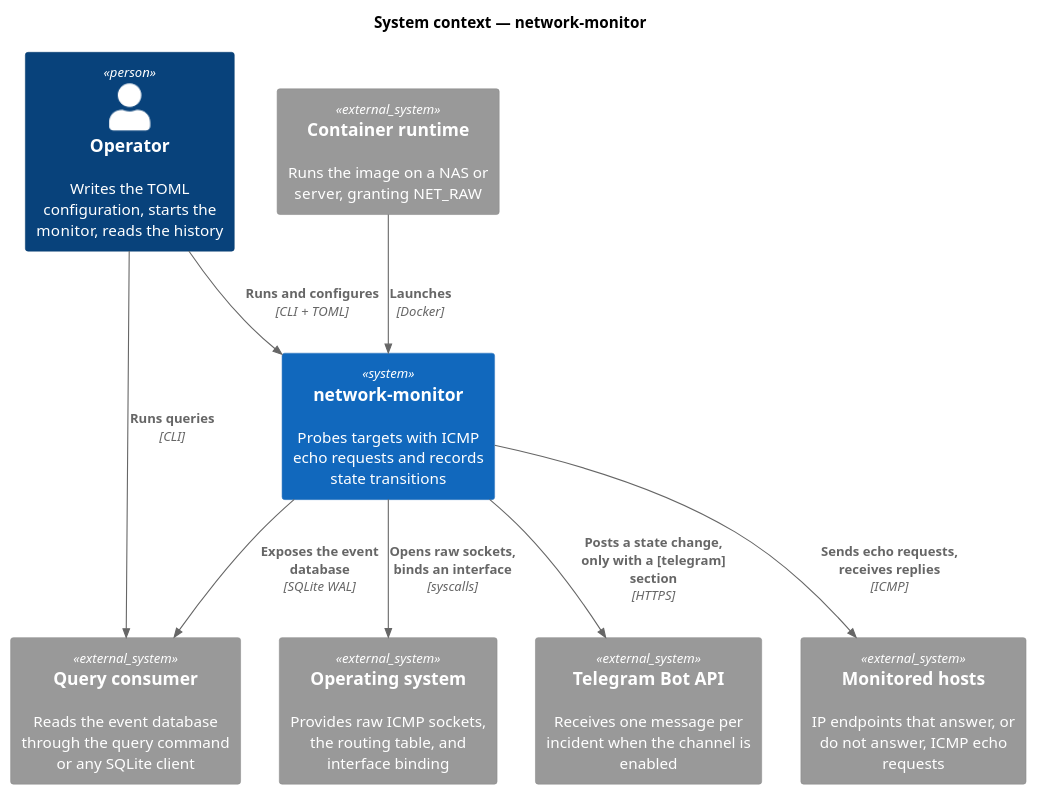
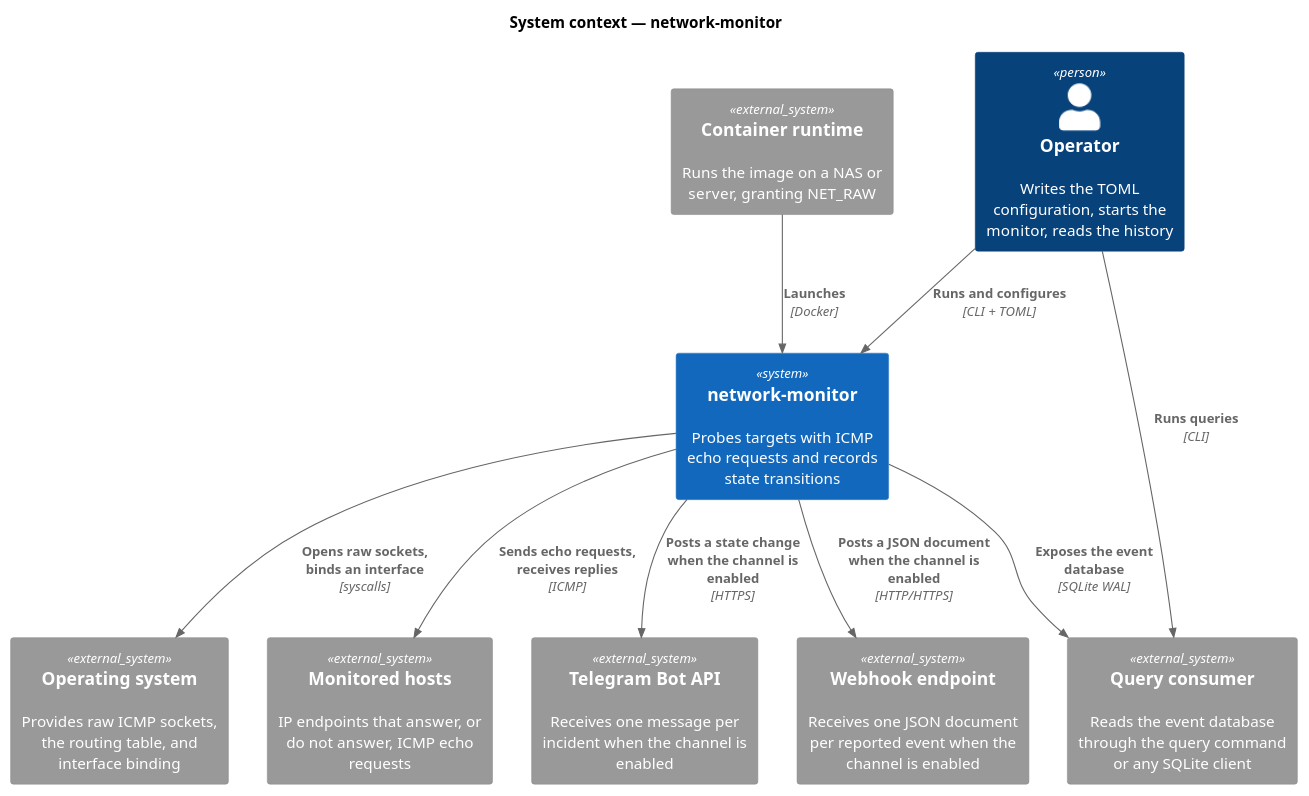
One commit to dashie/network-monitor changed the first of 3 diagrams in docs/ARCHITECTURE.md. Above: the diagram before and after it, drawn with PlantUML. The commit also changed other lines of this file and 36 other files, not shown here.

````diff
--- a/docs/ARCHITECTURE.md
+++ b/docs/ARCHITECTURE.md
@@ -34,24 +34,26 @@
 ```plantuml
 @startuml
 !include <C4/C4_Context>
 
 title System context — network-monitor
 
 Person(operator, "Operator", "Writes the TOML configuration, starts the monitor, reads the history")
 System(monitor, "network-monitor", "Probes targets with ICMP echo requests and records state transitions")
 
 System_Ext(hosts, "Monitored hosts", "IP endpoints that answer, or do not answer, ICMP echo requests")
 System_Ext(os, "Operating system", "Provides raw ICMP sockets, the routing table, and interface binding")
 System_Ext(runtime, "Container runtime", "Runs the image on a NAS or server, granting NET_RAW")
 System_Ext(consumer, "Query consumer", "Reads the event database through the query command or any SQLite client")
 System_Ext(telegram, "Telegram Bot API", "Receives one message per incident when the channel is enabled")
+System_Ext(hook, "Webhook endpoint", "Receives one JSON document per reported event when the channel is enabled")
 
 Rel(operator, monitor, "Runs and configures", "CLI + TOML")
 Rel(operator, consumer, "Runs queries", "CLI")
 Rel(runtime, monitor, "Launches", "Docker")
 Rel(monitor, os, "Opens raw sockets, binds an interface", "syscalls")
 Rel(monitor, hosts, "Sends echo requests, receives replies", "ICMP")
-Rel(monitor, telegram, "Posts a state change, only with a [telegram] section", "HTTPS")
+Rel(monitor, telegram, "Posts a state change when the channel is enabled", "HTTPS")
+Rel(monitor, hook, "Posts a JSON document when the channel is enabled", "HTTP/HTTPS")
 Rel(monitor, consumer, "Exposes the event database", "SQLite WAL")
 @enduml
 ```
````
